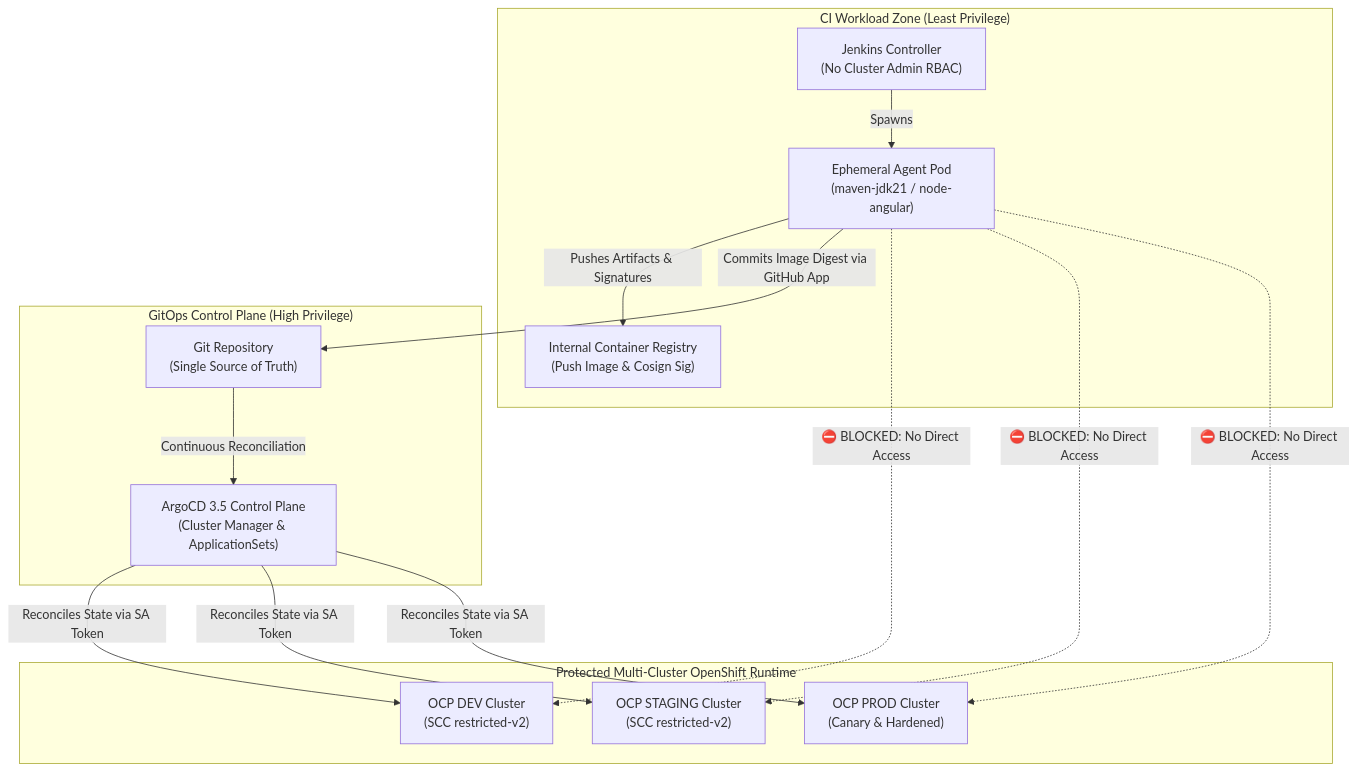
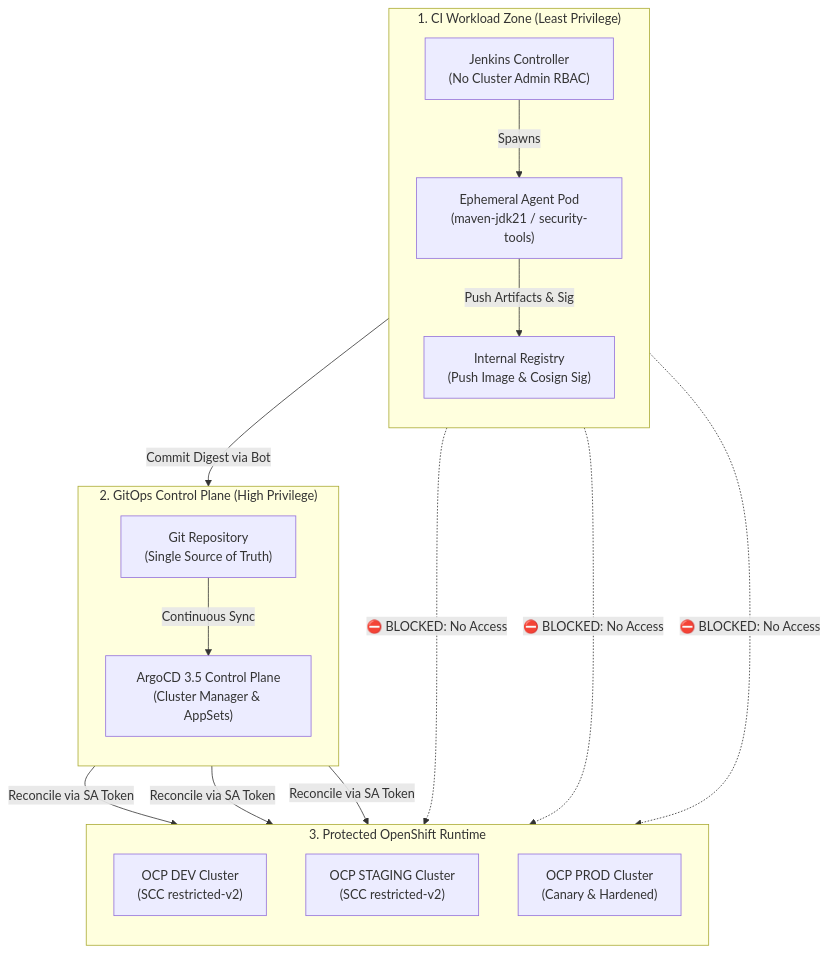
One commit to nubenetes/jenkins-without-git-parameter changed diagram 12 of 14 in README.md. Above: the diagram before and after it, drawn with Mermaid. The commit also changed other lines of this file, not shown here.

Commit message:
fix(mermaid): comprehensive overhaul of all diagrams (topology, PR preview, promotion, zero-trust) to prevent text clipping

````diff
--- a/README.md
+++ b/README.md
@@ -798,32 +799,35 @@
 ```mermaid
 flowchart TB
-    subgraph UntrustedZone["CI Workload Zone (Least Privilege)"]
+    subgraph UntrustedZone["1. CI Workload Zone (Least Privilege)"]
+        direction TB
         JenkinsMaster["Jenkins Controller<br/>(No Cluster Admin RBAC)"]
-        JenkinsAgent["Ephemeral Agent Pod<br/>(maven-jdk21 / node-angular)"]
-        Registry["Internal Container Registry<br/>(Push Image & Cosign Sig)"]
+        JenkinsAgent["Ephemeral Agent Pod<br/>(maven-jdk21 / security-tools)"]
+        Registry["Internal Registry<br/>(Push Image & Cosign Sig)"]
     end
 
-    subgraph GitOpsTrustZone["GitOps Control Plane (High Privilege)"]
+    subgraph GitOpsTrustZone["2. GitOps Control Plane (High Privilege)"]
+        direction TB
         GitRepo["Git Repository<br/>(Single Source of Truth)"]
-        ArgoCD["ArgoCD 3.5 Control Plane<br/>(Cluster Manager & ApplicationSets)"]
+        ArgoCD["ArgoCD 3.5 Control Plane<br/>(Cluster Manager & AppSets)"]
     end
 
-    subgraph WorkloadClusters["Protected Multi-Cluster OpenShift Runtime"]
+    subgraph WorkloadClusters["3. Protected OpenShift Runtime"]
+        direction TB
         DEV["OCP DEV Cluster<br/>(SCC restricted-v2)"]
         STG["OCP STAGING Cluster<br/>(SCC restricted-v2)"]
         PRD["OCP PROD Cluster<br/>(Canary & Hardened)"]
     end
 
-    JenkinsMaster -->|Spawns| JenkinsAgent
-    JenkinsAgent -->|"Pushes Artifacts & Signatures"| Registry
-    JenkinsAgent -->|Commits Image Digest via GitHub App| GitRepo
+    JenkinsMaster -->|"Spawns"| JenkinsAgent
+    JenkinsAgent -->|"Push Artifacts & Sig"| Registry
+    JenkinsAgent -->|"Commit Digest via Bot"| GitRepo
     
-    JenkinsAgent -.->|"⛔ BLOCKED: No Direct Access"| DEV
-    JenkinsAgent -.->|"⛔ BLOCKED: No Direct Access"| STG
-    JenkinsAgent -.->|"⛔ BLOCKED: No Direct Access"| PRD
+    JenkinsAgent -.->|"⛔ BLOCKED: No Access"| DEV
+    JenkinsAgent -.->|"⛔ BLOCKED: No Access"| STG
+    JenkinsAgent -.->|"⛔ BLOCKED: No Access"| PRD
 
-    GitRepo -->|Continuous Reconciliation| ArgoCD
-    ArgoCD -->|Reconciles State via SA Token| DEV
-    ArgoCD -->|Reconciles State via SA Token| STG
-    ArgoCD -->|Reconciles State via SA Token| PRD
+    GitRepo -->|"Continuous Sync"| ArgoCD
+    ArgoCD -->|"Reconcile via SA Token"| DEV
+    ArgoCD -->|"Reconcile via SA Token"| STG
+    ArgoCD -->|"Reconcile via SA Token"| PRD
 ```
````
